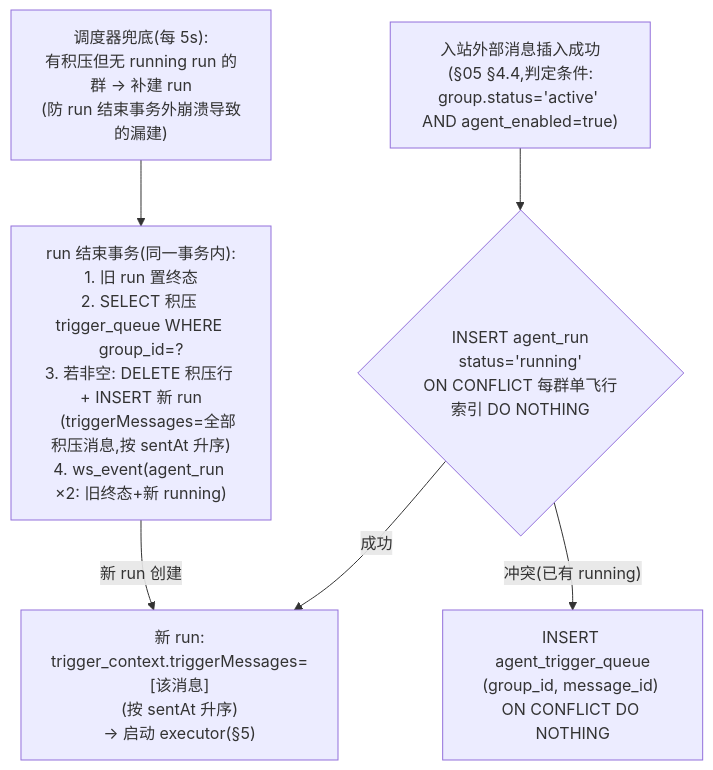
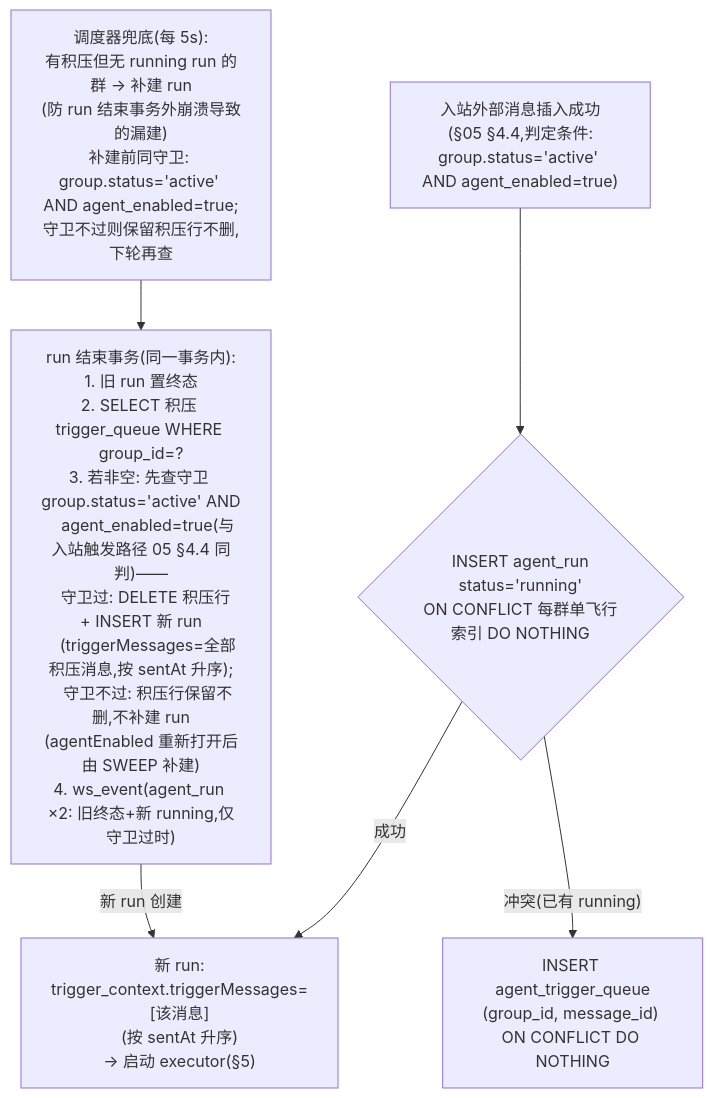
Before and after one commit to AlfredChaos/kapibala: the second of 9 diagrams in docs/design/06-agent-module.md, drawn with Mermaid. The commit also changed other lines of this file and 7 other files, not shown here.

````diff
--- a/docs/design/06-agent-module.md
+++ b/docs/design/06-agent-module.md
@@ -39,9 +39,9 @@
 ```mermaid
 flowchart TD
     MSG["入站外部消息插入成功<br/>(§05 §4.4,判定条件:<br/>group.status='active' AND agent_enabled=true)"] --> TRI{"INSERT agent_run<br/>status='running'<br/>ON CONFLICT 每群单飞行索引 DO NOTHING"}
     TRI -->|"成功"| NEW["新 run:<br/>trigger_context.triggerMessages=[该消息]<br/>(按 sentAt 升序)<br/>→ 启动 executor(§5)"]
     TRI -->|"冲突(已有 running)"| PEND["INSERT agent_trigger_queue<br/>(group_id, message_id) ON CONFLICT DO NOTHING"]
-    END2["run 结束事务(同一事务内):<br/>1. 旧 run 置终态<br/>2. SELECT 积压 trigger_queue WHERE group_id=?<br/>3. 若非空: DELETE 积压行 + INSERT 新 run<br/>   (triggerMessages=全部积压消息,按 sentAt 升序)<br/>4. ws_event(agent_run ×2: 旧终态+新 running)"]
+    END2["run 结束事务(同一事务内):<br/>1. 旧 run 置终态<br/>2. SELECT 积压 trigger_queue WHERE group_id=?<br/>3. 若非空: 先查守卫 group.status='active' AND<br/>   agent_enabled=true(与入站触发路径 05 §4.4 同判)——<br/>   守卫过: DELETE 积压行 + INSERT 新 run<br/>   (triggerMessages=全部积压消息,按 sentAt 升序);<br/>   守卫不过: 积压行保留不删,不补建 run<br/>(agentEnabled 重新打开后由 SWEEP 补建)<br/>4. ws_event(agent_run ×2: 旧终态+新 running,仅守卫过时)"]
     END2 -->|"新 run 创建"| NEW
-    SWEEP["调度器兜底(每 5s):<br/>有积压但无 running run 的群 → 补建 run<br/>(防 run 结束事务外崩溃导致的漏建)"] --> END2
+    SWEEP["调度器兜底(每 5s):<br/>有积压但无 running run 的群 → 补建 run<br/>(防 run 结束事务外崩溃导致的漏建)<br/>补建前同守卫: group.status='active' AND agent_enabled=true;<br/>守卫不过则保留积压行不删,下轮再查"] --> END2
 ```
````
